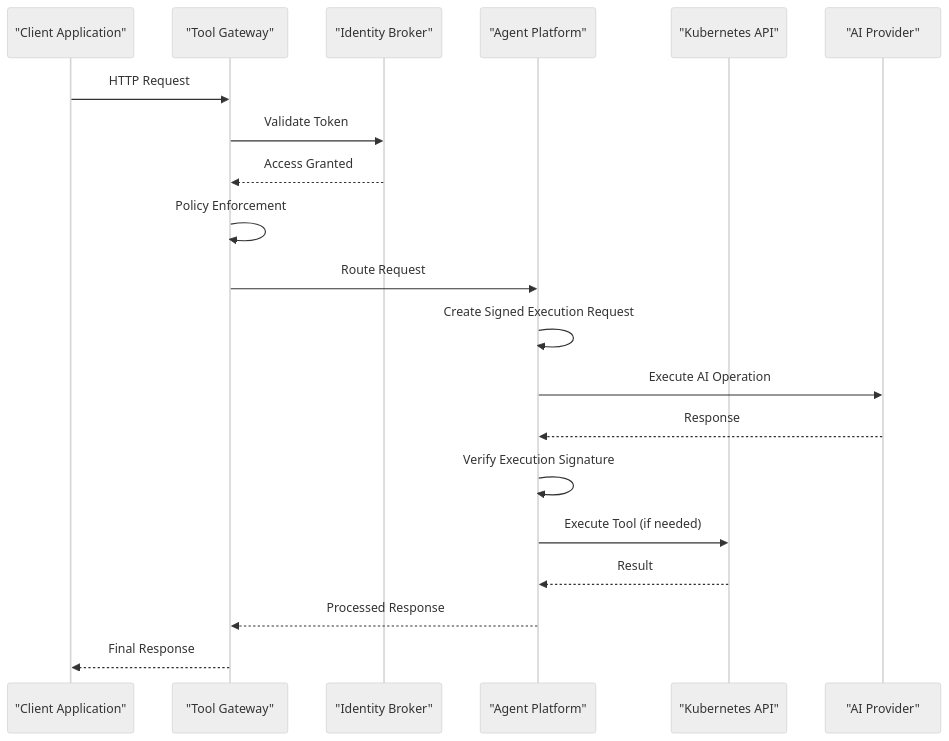
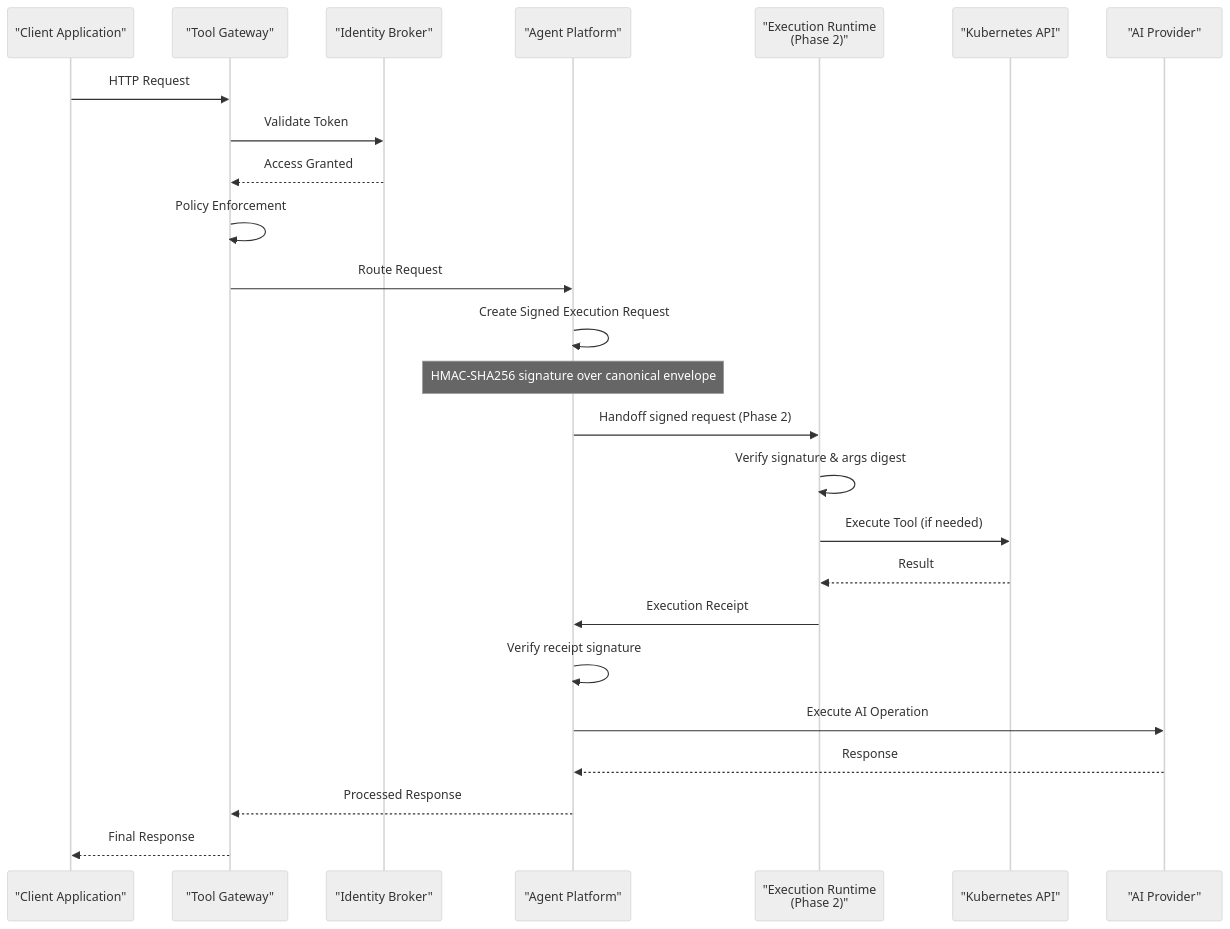
The second of 8 diagrams in .qoder/repowiki/en/content/Project Overview.md (metasync/luban-aiops), drawn with Mermaid (neutral theme) before and after one commit. The commit also changed other lines of this file and 5 other files, not shown here.

````diff
--- a/.qoder/repowiki/en/content/Project Overview.md
+++ b/.qoder/repowiki/en/content/Project Overview.md
@@ -166,22 +183,27 @@
 ```mermaid
 sequenceDiagram
 participant Client as "Client Application"
 participant Gateway as "Tool Gateway"
 participant Auth as "Identity Broker"
 participant Agent as "Agent Platform"
+participant Worker as "Execution Runtime<br/>(Phase 2)"
 participant K8S as "Kubernetes API"
 participant AI as "AI Provider"
 Client->>Gateway : HTTP Request
 Gateway->>Auth : Validate Token
 Auth-->>Gateway : Access Granted
 Gateway->>Gateway : Policy Enforcement
 Gateway->>Agent : Route Request
 Agent->>Agent : Create Signed Execution Request
+Note over Agent : HMAC-SHA256 signature over canonical envelope
+Agent->>Worker : Handoff signed request (Phase 2)
+Worker->>Worker : Verify signature & args digest
+Worker->>K8S : Execute Tool (if needed)
+K8S-->>Worker : Result
+Worker->>Agent : Execution Receipt
+Agent->>Agent : Verify receipt signature
 Agent->>AI : Execute AI Operation
 AI-->>Agent : Response
-Agent->>Agent : Verify Execution Signature
-Agent->>K8S : Execute Tool (if needed)
-K8S-->>Agent : Result
 Agent-->>Gateway : Processed Response
 Gateway-->>Client : Final Response
 ```
````
